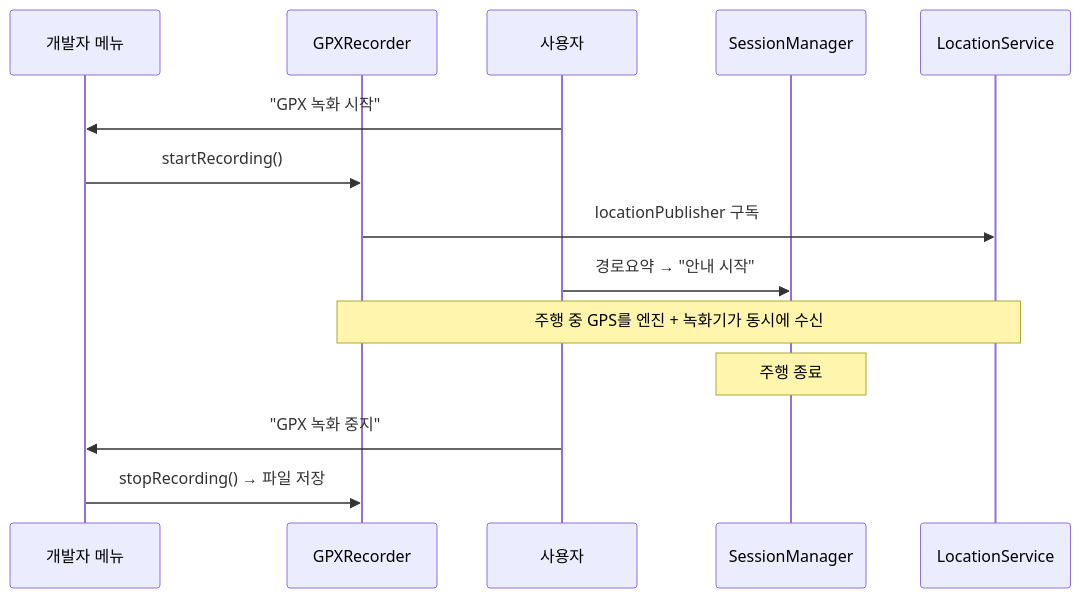
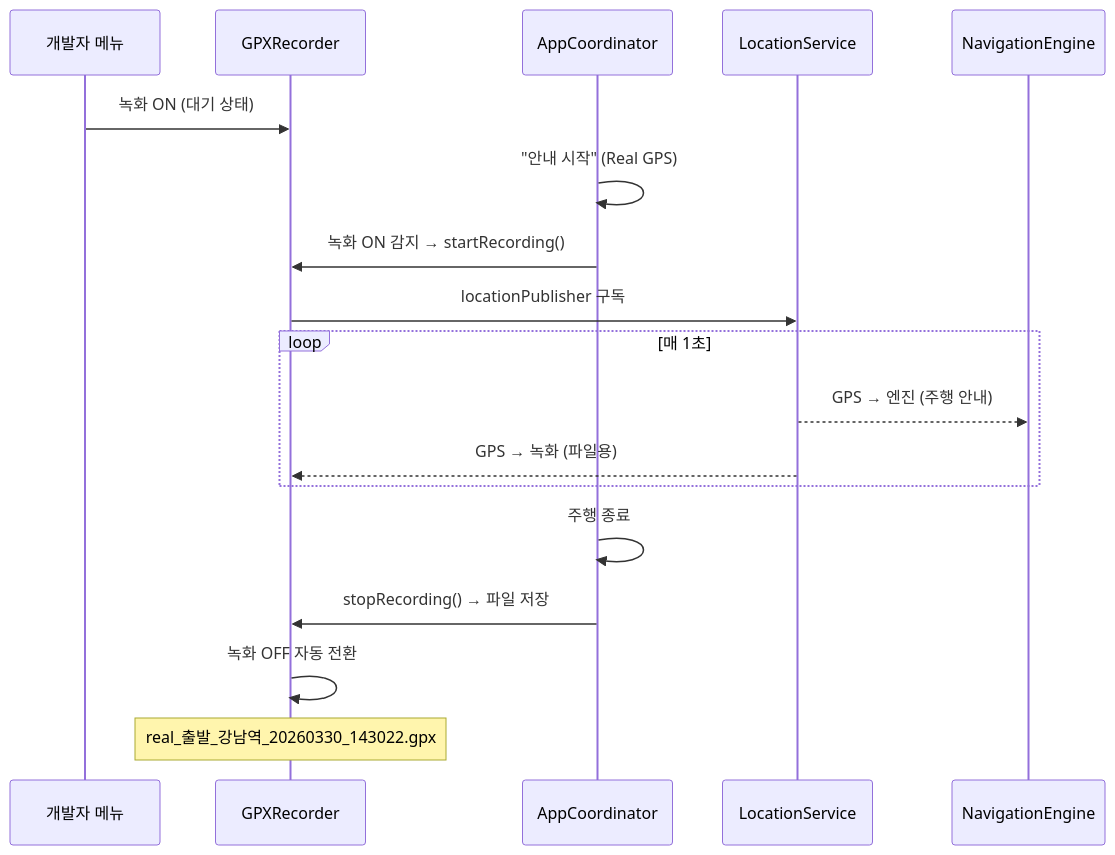
One commit to jungjae-dev/Navigation changed the seventh of 13 diagrams in Documents/Work/260330_navigation/02_Design.md. Above: the diagram before and after it, drawn with Mermaid. The commit also changed other lines of this file and 2 other files, not shown here.

First line of the commit message:
GPX/FileGPS 시나리오 정리 및 LocationSimulator 통합 설계 추가

````diff
--- a/Documents/Work/260330_navigation/02_Design.md
+++ b/Documents/Work/260330_navigation/02_Design.md
@@ -886,20 +937,24 @@
 ```mermaid
 sequenceDiagram
     participant DEV as 개발자 메뉴
     participant REC as GPXRecorder
-    participant USER as 사용자
-    participant SM as SessionManager
+    participant COORD as AppCoordinator
     participant LOC as LocationService
+    participant ENG as NavigationEngine
 
-    USER->>DEV: "GPX 녹화 시작"
-    DEV->>REC: startRecording()
+    DEV->>REC: 녹화 ON (대기 상태)
+
+    COORD->>COORD: "안내 시작" (Real GPS)
+    COORD->>REC: 녹화 ON 감지 → startRecording()
     REC->>LOC: locationPublisher 구독
 
-    USER->>SM: 경로요약 → "안내 시작"
-    Note over REC,LOC: 주행 중 GPS를 엔진 + 녹화기가 동시에 수신
+    loop 매 1초
+        LOC-->>ENG: GPS → 엔진 (주행 안내)
+        LOC-->>REC: GPS → 녹화 (파일용)
+    end
 
-    Note over SM: 주행 종료
-
-    USER->>DEV: "GPX 녹화 중지"
-    DEV->>REC: stopRecording() → 파일 저장
+    COORD->>COORD: 주행 종료
+    COORD->>REC: stopRecording() → 파일 저장
+    REC->>REC: 녹화 OFF 자동 전환
+    Note over REC: real_출발_강남역_20260330_143022.gpx
 ```
````
